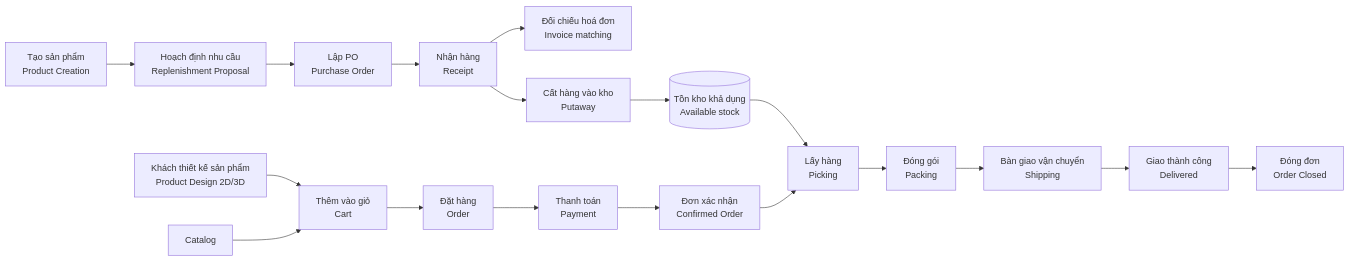
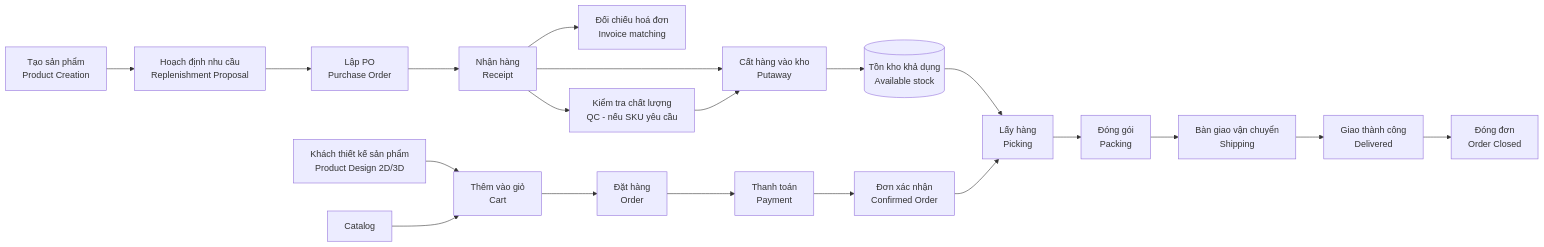
One commit to KLTN-FA26/docs changed the second of 2 diagrams in docs/00-system-overview/README.md. Above: the diagram before and after it, drawn with Mermaid. The commit also changed other lines of this file and 8 other files, not shown here.

````diff
--- a/docs/00-system-overview/README.md
+++ b/docs/00-system-overview/README.md
@@ -157,22 +157,24 @@
 ```mermaid
 flowchart LR
     A[Tạo sản phẩm\nProduct Creation] --> A1[Hoạch định nhu cầu\nReplenishment Proposal]
     A1 --> B[Lập PO\nPurchase Order]
     B --> C[Nhận hàng\nReceipt]
     C --> D[Đối chiếu hoá đơn\nInvoice matching]
     C --> E[Cất hàng vào kho\nPutaway]
+    C --> C1[Kiểm tra chất lượng\nQC - nếu SKU yêu cầu]
+    C1 --> E
     E --> F[(Tồn kho khả dụng\nAvailable stock)]
 
     G[Khách thiết kế sản phẩm\nProduct Design 2D/3D] --> H[Thêm vào giỏ\nCart]
     I[Catalog] --> H
     H --> J[Đặt hàng\nOrder]
     J --> K[Thanh toán\nPayment]
     K --> L[Đơn xác nhận\nConfirmed Order]
 
     F --> M[Lấy hàng\nPicking]
     L --> M
     M --> N[Đóng gói\nPacking]
     N --> O[Bàn giao vận chuyển\nShipping]
     O --> P[Giao thành công\nDelivered]
     P --> Q[Đóng đơn\nOrder Closed]
 ```
````
